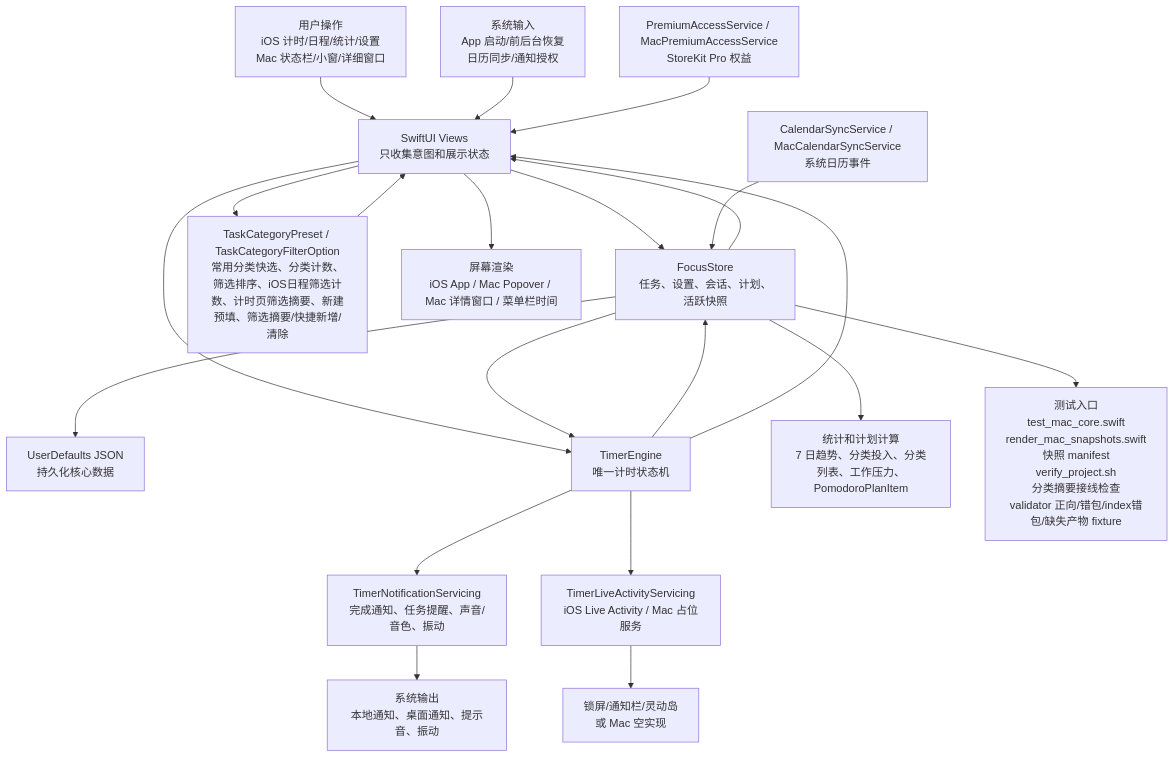
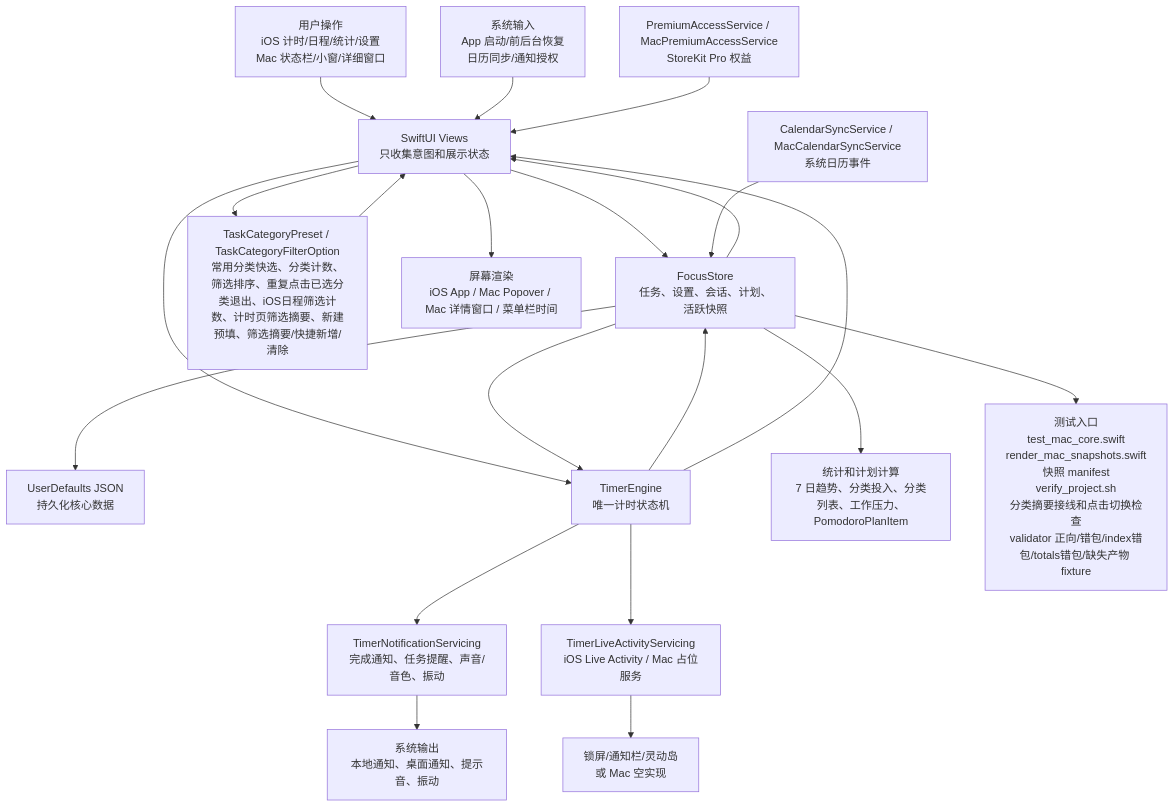
One commit to Altman-sam114/114 changed the first of 6 diagrams in md/flow/flowchart.md. Above: the diagram before and after it, drawn with Mermaid. The commit also changed other lines of this file and 10 other files, not shown here.

````diff
--- a/md/flow/flowchart.md
+++ b/md/flow/flowchart.md
@@ -9,23 +9,23 @@
 ```mermaid
 flowchart TD
   U["用户操作<br/>iOS 计时/日程/统计/设置<br/>Mac 状态栏/小窗/详细窗口"] --> V["SwiftUI Views<br/>只收集意图和展示状态"]
   SYS["系统输入<br/>App 启动/前后台恢复<br/>日历同步/通知授权"] --> V
   V --> S["FocusStore<br/>任务、设置、会话、计划、活跃快照"]
-  V --> CAT["TaskCategoryPreset / TaskCategoryFilterOption<br/>常用分类快选、分类计数、筛选排序、iOS日程筛选计数、计时页筛选摘要、新建预填、筛选摘要/快捷新增/清除"]
+  V --> CAT["TaskCategoryPreset / TaskCategoryFilterOption<br/>常用分类快选、分类计数、筛选排序、重复点击已选分类退出、iOS日程筛选计数、计时页筛选摘要、新建预填、筛选摘要/快捷新增/清除"]
   CAT --> V
   S --> P["UserDefaults JSON<br/>持久化核心数据"]
   V --> E["TimerEngine<br/>唯一计时状态机"]
   S --> E
   E --> S
   E --> N["TimerNotificationServicing<br/>完成通知、任务提醒、声音/音色、振动"]
   E --> L["TimerLiveActivityServicing<br/>iOS Live Activity / Mac 占位服务"]
   S --> C["统计和计划计算<br/>7 日趋势、分类投入、分类列表、工作压力、PomodoroPlanItem"]
   CAL["CalendarSyncService / MacCalendarSyncService<br/>系统日历事件"] --> S
   PRO["PremiumAccessService / MacPremiumAccessService<br/>StoreKit Pro 权益"] --> V
   S --> V
   E --> V
   V --> OUT["屏幕渲染<br/>iOS App / Mac Popover / Mac 详情窗口 / 菜单栏时间"]
   N --> OUT2["系统输出<br/>本地通知、桌面通知、提示音、振动"]
   L --> OUT3["锁屏/通知栏/灵动岛<br/>或 Mac 空实现"]
-  S --> T["测试入口<br/>test_mac_core.swift<br/>render_mac_snapshots.swift<br/>快照 manifest<br/>verify_project.sh<br/>分类摘要接线检查<br/>validator 正向/错包/index错包/缺失产物 fixture"]
+  S --> T["测试入口<br/>test_mac_core.swift<br/>render_mac_snapshots.swift<br/>快照 manifest<br/>verify_project.sh<br/>分类摘要接线和点击切换检查<br/>validator 正向/错包/index错包/totals错包/缺失产物 fixture"]
 ```
````
